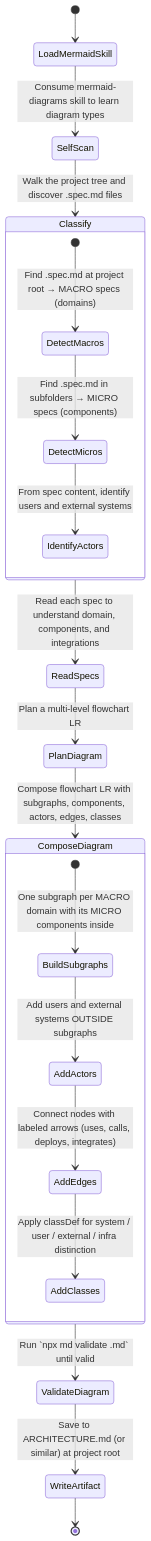
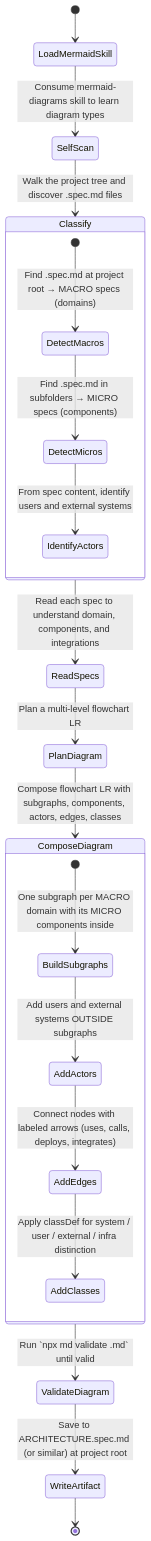
The diagram in .agents/skills/mddd-context-map/SKILL.md (JulioCRFilho/mermaid-diagram-driven-development), drawn with Mermaid before and after one commit. The commit also changed other lines of this file and 4 other files, not shown here.

First line of the commit message:
refactor: rename output to ARCHITECTURE.spec.md and bump version to 6.2.2

````diff
--- a/.agents/skills/mddd-context-map/SKILL.md
+++ b/.agents/skills/mddd-context-map/SKILL.md
@@ -3,29 +3,29 @@
 ```mermaid
 %% @spec-version v2.2.0
 stateDiagram-v2
     [*] --> LoadMermaidSkill
 
     LoadMermaidSkill --> SelfScan: Consume mermaid-diagrams skill to learn diagram types
     SelfScan --> Classify: Walk the project tree and discover .spec.md files
 
     state Classify {
         [*] --> DetectMacros: Find .spec.md at project root → MACRO specs (domains)
         DetectMacros --> DetectMicros: Find .spec.md in subfolders → MICRO specs (components)
         DetectMicros --> IdentifyActors: From spec content, identify users and external systems
     }
 
     Classify --> ReadSpecs: Read each spec to understand domain, components, and integrations
     ReadSpecs --> PlanDiagram: Plan a multi-level flowchart LR
     PlanDiagram --> ComposeDiagram: Compose flowchart LR with subgraphs, components, actors, edges, classes
 
     state ComposeDiagram {
         [*] --> BuildSubgraphs: One subgraph per MACRO domain with its MICRO components inside
         BuildSubgraphs --> AddActors: Add users and external systems OUTSIDE subgraphs
         AddActors --> AddEdges: Connect nodes with labeled arrows (uses, calls, deploys, integrates)
         AddEdges --> AddClasses: Apply classDef for system / user / external / infra distinction
     }
 
     ComposeDiagram --> ValidateDiagram: Run `npx md validate <output>.md` until valid
-    ValidateDiagram --> WriteArtifact: Save to ARCHITECTURE.md (or similar) at project root
+    ValidateDiagram --> WriteArtifact: Save to ARCHITECTURE.spec.md (or similar) at project root
     WriteArtifact --> [*]
 ```
````
